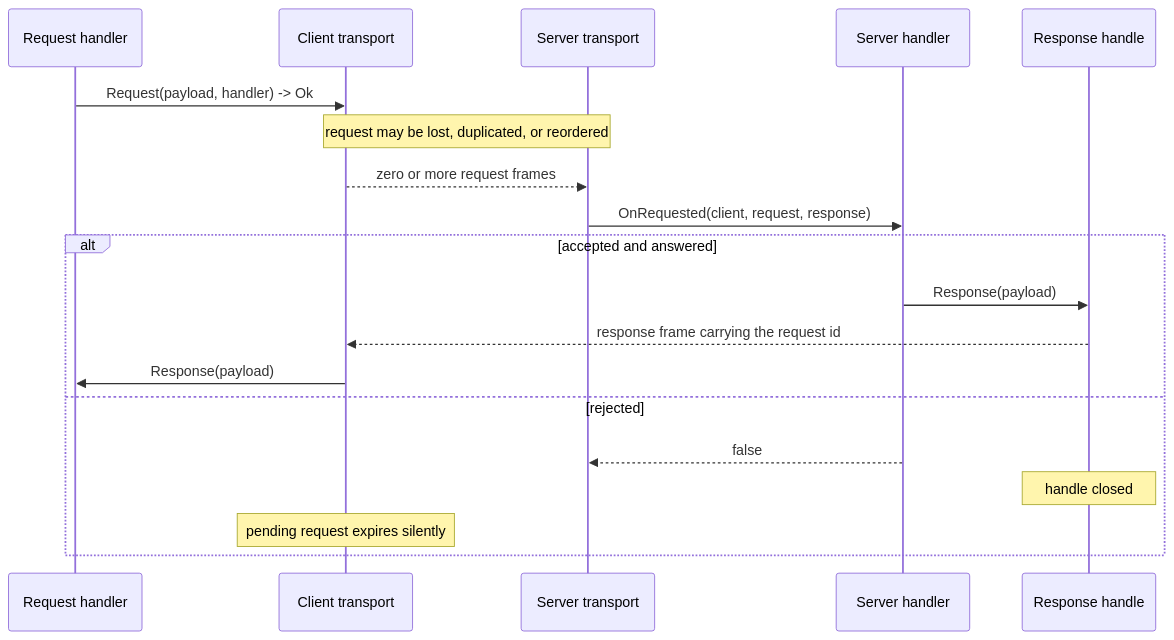
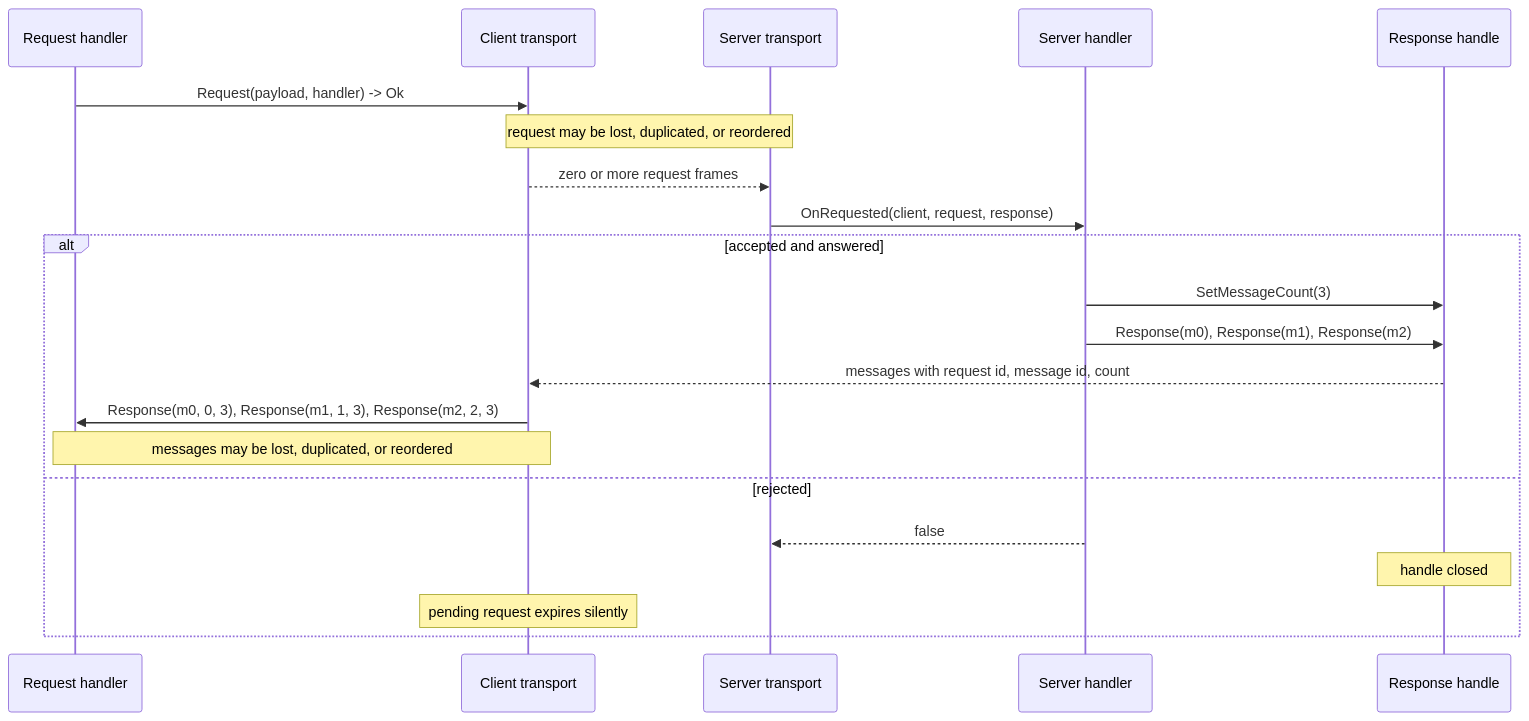
One commit to FyodorZh/Pontifex changed the diagram in Pontifex/Abstractions/Transports/RR/Unreliable/Specification.md. Above: the diagram before and after it, drawn with Mermaid. The commit also changed other lines of this file and 22 other files, not shown here.

Commit message:
Implemented RRUnreliable response message sequences

````diff
--- a/Pontifex/Abstractions/Transports/RR/Unreliable/Specification.md
+++ b/Pontifex/Abstractions/Transports/RR/Unreliable/Specification.md
@@ -343,22 +385,24 @@
 ```mermaid
 sequenceDiagram
     participant C as Request handler
     participant CE as Client transport
     participant ST as Server transport
     participant S as Server handler
     participant R as Response handle
 
     C->>CE: Request(payload, handler) -> Ok
     Note over CE,ST: request may be lost, duplicated, or reordered
     CE-->>ST: zero or more request frames
     ST->>S: OnRequested(client, request, response)
     alt accepted and answered
-        S->>R: Response(payload)
-        R-->>CE: response frame carrying the request id
-        CE->>C: Response(payload)
+        S->>R: SetMessageCount(3)
+        S->>R: Response(m0), Response(m1), Response(m2)
+        R-->>CE: messages with request id, message id, count
+        CE->>C: Response(m0, 0, 3), Response(m1, 1, 3), Response(m2, 2, 3)
+        Note over CE,C: messages may be lost, duplicated, or reordered
     else rejected
         S-->>ST: false
         Note over R: handle closed
         Note over CE: pending request expires silently
     end
 ```
````
